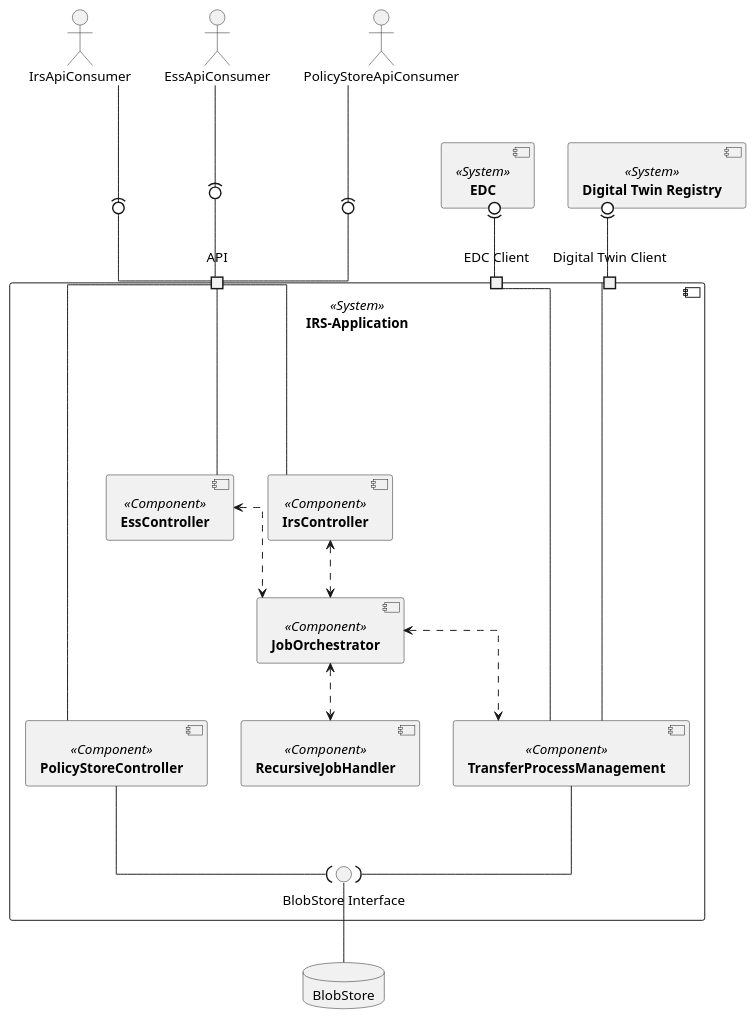
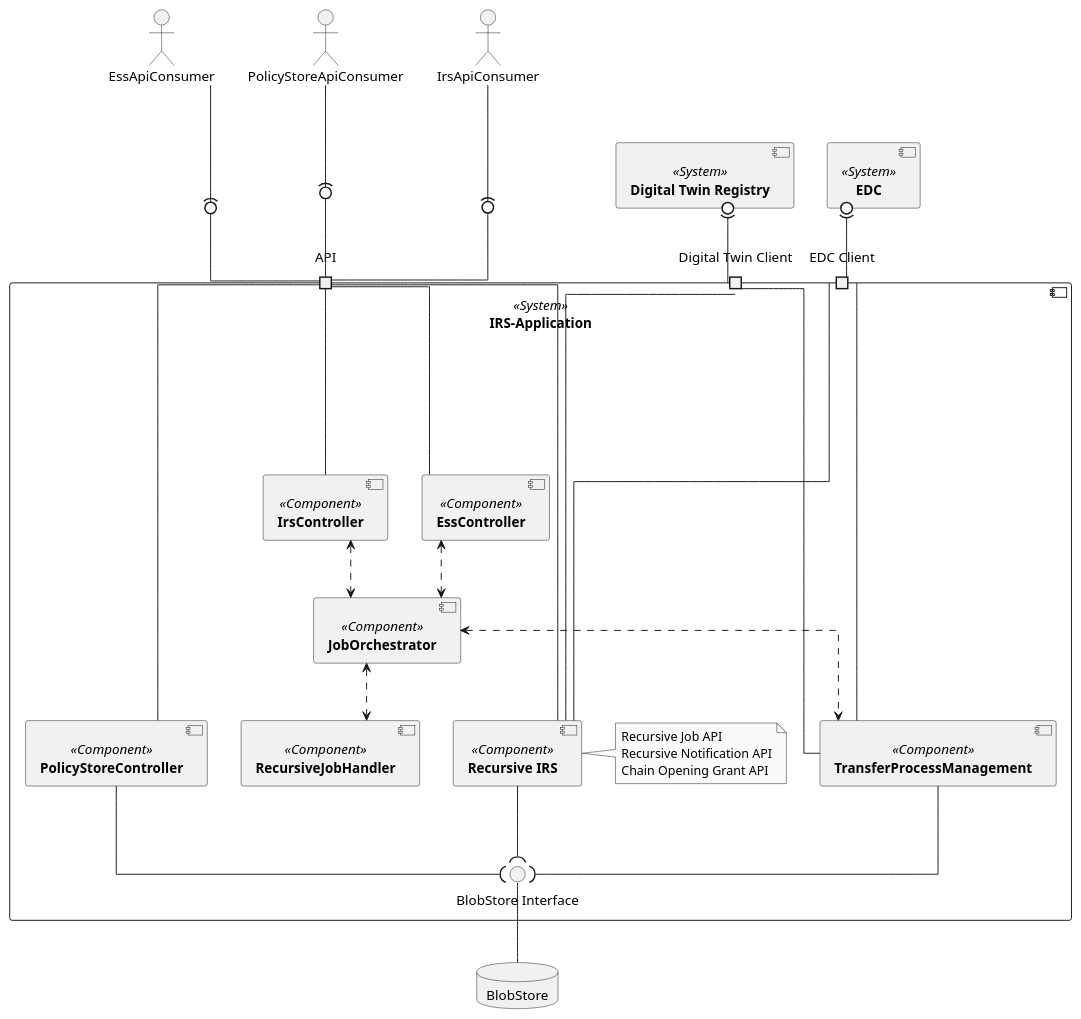
Before and after one commit to eclipse-tractusx/item-relationship-service: the diagram in docs/src/uml-diagrams/building-block-view/building-block-view.puml, drawn with PlantUML. The commit also changed 11 other files, not shown here.

First line of the commit message:
docs(recursive):[#1607] complete operations and architecture guidance

```diff
--- a/docs/src/uml-diagrams/building-block-view/building-block-view.puml
+++ b/docs/src/uml-diagrams/building-block-view/building-block-view.puml
@@ -1,55 +1,66 @@
 @startuml
 skinparam monochrome true
 skinparam shadowing false
 skinparam linetype ortho
 skinparam defaultFontName "Architects daughter"
 
 
 actor IrsApiConsumer
 actor EssApiConsumer
 actor PolicyStoreApiConsumer
 
 component [**Digital Twin Registry**] <<System>> as DTR
 component [**EDC**] <<System>> as EDC
 
 component [**IRS-Application**] <<System>> as IRS {
     component [**RecursiveJobHandler**] <<Component>> as RecursiveJobHandler
+    component [**Recursive IRS**] <<Component>> as RecursiveIrs
     component [**IrsController**] <<Component>> as IrsController
     component [**PolicyStoreController**] <<Component>> as PolicyStoreController
     component [**EssController**] <<Component>> as EssController
     component [**JobOrchestrator**] <<Component>> as JobOrchestrator
     component [**TransferProcessManagement**] <<Component>> as TransferProcessManagement
 
     port "API" as API_PORT
     port "Digital Twin Client" as AAS_PORT
     port "EDC Client" as EDC_PORT
     () "BlobStore Interface" as StoreInterface
 
     IrsController <..> JobOrchestrator
     JobOrchestrator <..> TransferProcessManagement
     JobOrchestrator <..> RecursiveJobHandler
     TransferProcessManagement --( StoreInterface
+    RecursiveIrs --( StoreInterface
     PolicyStoreController --( StoreInterface
     EssController <..> JobOrchestrator
+
+    note right of RecursiveIrs
+      Recursive Job API
+      Recursive Notification API
+      Chain Opening Grant API
+    end note
 }
 
 
 
 
 
 IrsController -up- API_PORT
+RecursiveIrs -up- API_PORT
 PolicyStoreController -down- API_PORT
 EssController -down- API_PORT
 IrsApiConsumer --down(0- API_PORT
 EssApiConsumer --down(0- API_PORT
 PolicyStoreApiConsumer --(0- API_PORT
 
 TransferProcessManagement --right-- AAS_PORT
 TransferProcessManagement --right-- EDC_PORT
+RecursiveIrs --right-- AAS_PORT
+RecursiveIrs --right-- EDC_PORT
 
 AAS_PORT -up-(0 DTR
 EDC_PORT -up-(0 EDC
 
 database "BlobStore" as BlobStore
 StoreInterface -down- BlobStore
 @enduml
```
